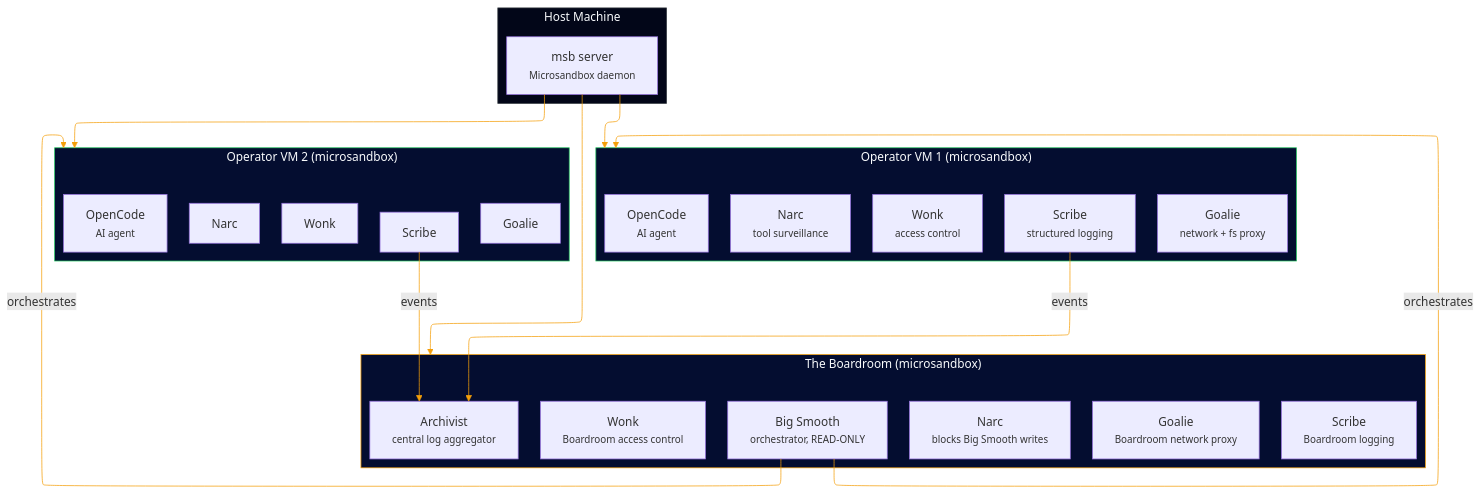
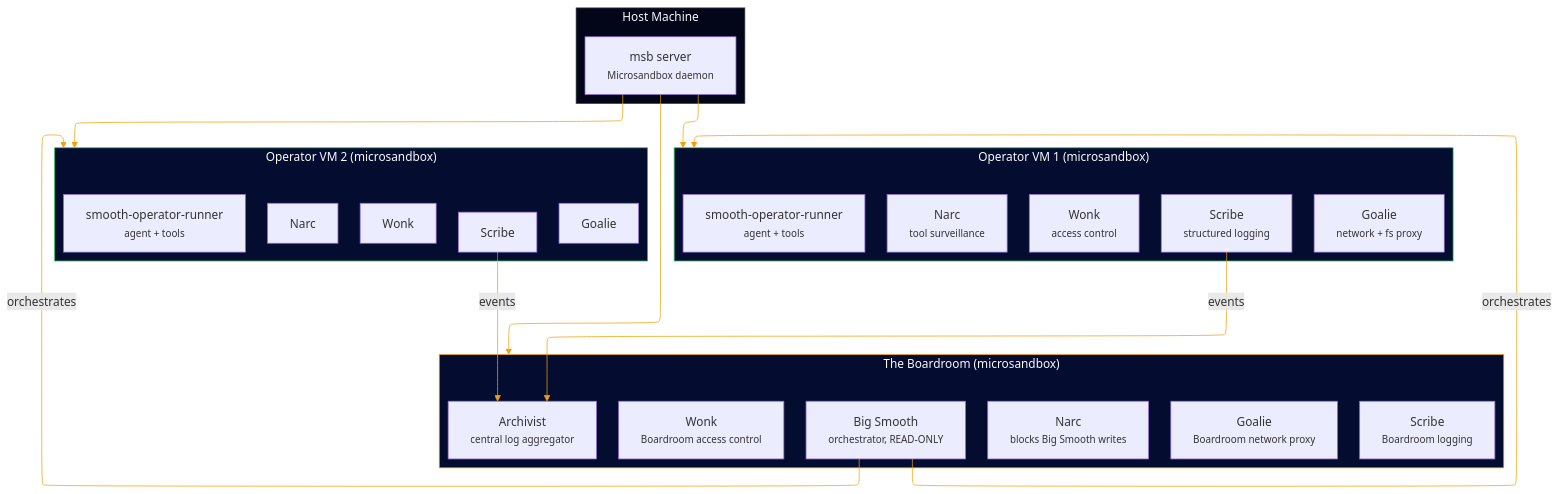
One commit to SmooAI/smooth changed the second of 5 diagrams in README.md. Above: the diagram before and after it, drawn with Mermaid. The commit also changed other lines of this file, not shown here.

First line of the commit message:
docs: refresh README — single-agent loop, slot table, llm.smoo.ai

````diff
--- a/README.md
+++ b/README.md
@@ -132,42 +165,42 @@
 ```mermaid
 %%{init: {"flowchart": {"defaultRenderer": "elk"}, "themeVariables": {"lineColor": "#f49f0a"}}}%%
 graph TB
     subgraph Host["Host Machine"]
         MSB["msb server<br/><small>Microsandbox daemon</small>"]
     end
 
     subgraph Boardroom["The Boardroom (microsandbox)"]
         BS["Big Smooth<br/><small>orchestrator, READ-ONLY</small>"]
         AR["Archivist<br/><small>central log aggregator</small>"]
         BW["Wonk<br/><small>Boardroom access control</small>"]
         BG["Goalie<br/><small>Boardroom network proxy</small>"]
         BN["Narc<br/><small>blocks Big Smooth writes</small>"]
         BSc["Scribe<br/><small>Boardroom logging</small>"]
     end
 
     subgraph Op1["Operator VM 1 (microsandbox)"]
-        OC1["OpenCode<br/><small>AI agent</small>"]
+        OC1["smooth-operator-runner<br/><small>agent + tools</small>"]
         W1["Wonk<br/><small>access control</small>"]
         G1["Goalie<br/><small>network + fs proxy</small>"]
         N1["Narc<br/><small>tool surveillance</small>"]
         S1["Scribe<br/><small>structured logging</small>"]
     end
 
     subgraph Op2["Operator VM 2 (microsandbox)"]
-        OC2["OpenCode<br/><small>AI agent</small>"]
+        OC2["smooth-operator-runner<br/><small>agent + tools</small>"]
         W2["Wonk"] & G2["Goalie"] & N2["Narc"] & S2["Scribe"]
     end
 
     MSB --> Boardroom
     MSB --> Op1
     MSB --> Op2
     BS -->|orchestrates| Op1
     BS -->|orchestrates| Op2
     S1 -->|events| AR
     S2 -->|events| AR
 
     style Host fill:#020618,stroke:#30363d,color:#f8fafc
     style Boardroom fill:#040d30,stroke:#f49f0a,color:#f8fafc
     style Op1 fill:#040d30,stroke:#22c55e,color:#f8fafc
     style Op2 fill:#040d30,stroke:#22c55e,color:#f8fafc
 ```
````
